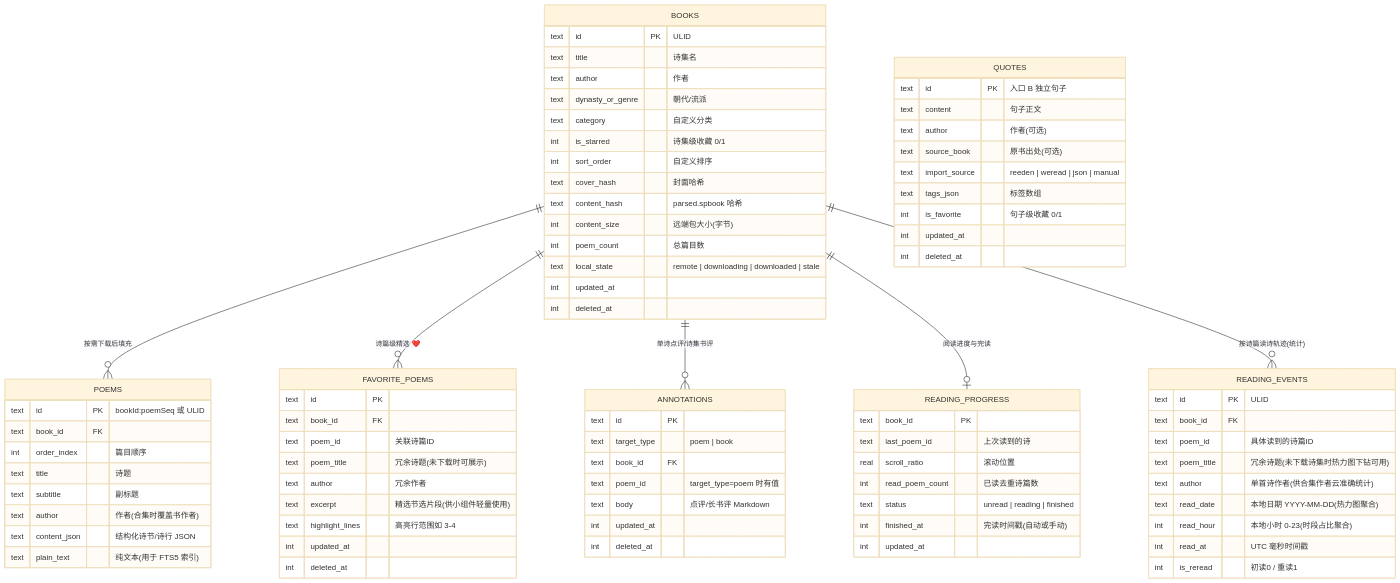
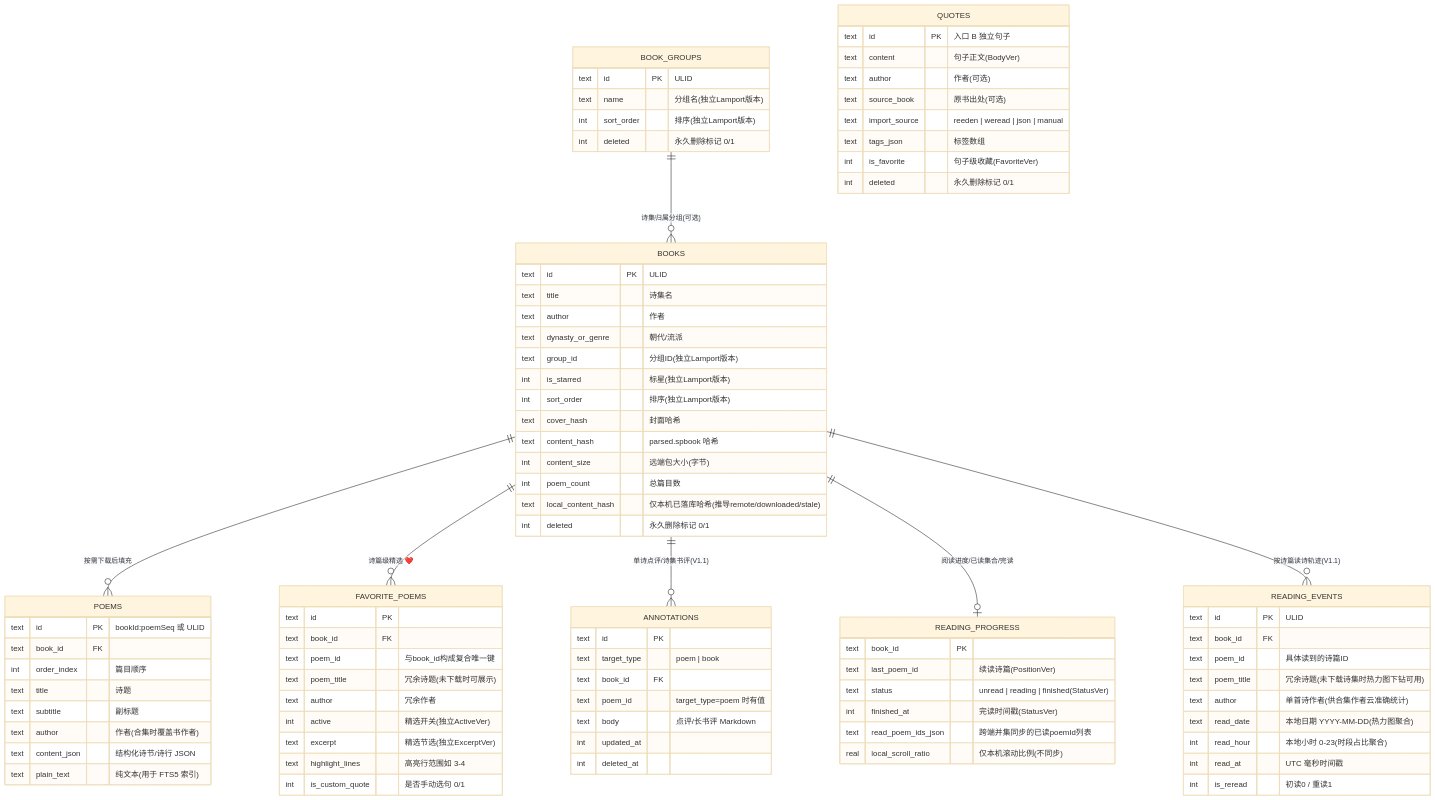
One commit to sounfury/StillPoets changed the third of 3 diagrams in docs/architecture.md. Above: the diagram before and after it, drawn with Mermaid (base theme). The commit also changed other lines of this file and 46 other files, not shown here.

````diff
--- a/docs/architecture.md
+++ b/docs/architecture.md
@@ -225,26 +255,33 @@
 ```mermaid
 erDiagram
+    BOOK_GROUPS ||--o{ BOOKS : "诗集归属分组(可选)"
     BOOKS ||--o{ POEMS : "按需下载后填充"
     BOOKS ||--o{ FAVORITE_POEMS : "诗篇级精选 ❤️"
-    BOOKS ||--o{ ANNOTATIONS : "单诗点评/诗集书评"
-    BOOKS ||--o| READING_PROGRESS : "阅读进度与完读"
-    BOOKS ||--o{ READING_EVENTS : "按诗篇读诗轨迹(统计)"
+    BOOKS ||--o{ ANNOTATIONS : "单诗点评/诗集书评(V1.1)"
+    BOOKS ||--o| READING_PROGRESS : "阅读进度/已读集合/完读"
+    BOOKS ||--o{ READING_EVENTS : "按诗篇读诗轨迹(V1.1)"
+
+    BOOK_GROUPS {
+        text id PK "ULID"
+        text name "分组名(独立Lamport版本)"
+        int sort_order "排序(独立Lamport版本)"
+        int deleted "永久删除标记 0/1"
+    }
 
     BOOKS {
         text id PK "ULID"
         text title "诗集名"
         text author "作者"
         text dynasty_or_genre "朝代/流派"
-        text category "自定义分类"
-        int is_starred "诗集级收藏 0/1"
-        int sort_order "自定义排序"
+        text group_id "分组ID(独立Lamport版本)"
+        int is_starred "标星(独立Lamport版本)"
+        int sort_order "排序(独立Lamport版本)"
         text cover_hash "封面哈希"
         text content_hash "parsed.spbook 哈希"
         int content_size "远端包大小(字节)"
         int poem_count "总篇目数"
-        text local_state "remote | downloading | downloaded | stale"
-        int updated_at
-        int deleted_at
+        text local_content_hash "仅本机已落库哈希(推导remote/downloaded/stale)"
+        int deleted "永久删除标记 0/1"
     }
 
     POEMS {
@@ -261,25 +298,24 @@
     FAVORITE_POEMS {
         text id PK
         text book_id FK
-        text poem_id "关联诗篇ID"
+        text poem_id "与book_id构成复合唯一键"
         text poem_title "冗余诗题(未下载时可展示)"
         text author "冗余作者"
-        text excerpt "精选节选片段(供小组件轻量使用)"
+        int active "精选开关(独立ActiveVer)"
+        text excerpt "精选节选(独立ExcerptVer)"
         text highlight_lines "高亮行范围如 3-4"
-        int updated_at
-        int deleted_at
+        int is_custom_quote "是否手动选句 0/1"
     }
 
     QUOTES {
         text id PK "入口 B 独立句子"
-        text content "句子正文"
+        text content "句子正文(BodyVer)"
         text author "作者(可选)"
         text source_book "原书出处(可选)"
         text import_source "reeden | weread | json | manual"
         text tags_json "标签数组"
-        int is_favorite "句子级收藏 0/1"
-        int updated_at
-        int deleted_at
+        int is_favorite "句子级收藏(FavoriteVer)"
+        int deleted "永久删除标记 0/1"
     }
 
     ANNOTATIONS {
@@ -294,12 +330,11 @@
 
     READING_PROGRESS {
         text book_id PK
-        text last_poem_id "上次读到的诗"
-        real scroll_ratio "滚动位置"
-        int read_poem_count "已读去重诗篇数"
-        text status "unread | reading | finished"
-        int finished_at "完读时间戳(自动或手动)"
-        int updated_at
+        text last_poem_id "续读诗篇(PositionVer)"
+        text status "unread | reading | finished(StatusVer)"
+        int finished_at "完读时间戳(StatusVer)"
+        text read_poem_ids_json "跨端并集同步的已读poemId列表"
+        real local_scroll_ratio "仅本机滚动比例(不同步)"
     }
 
     READING_EVENTS {
````
